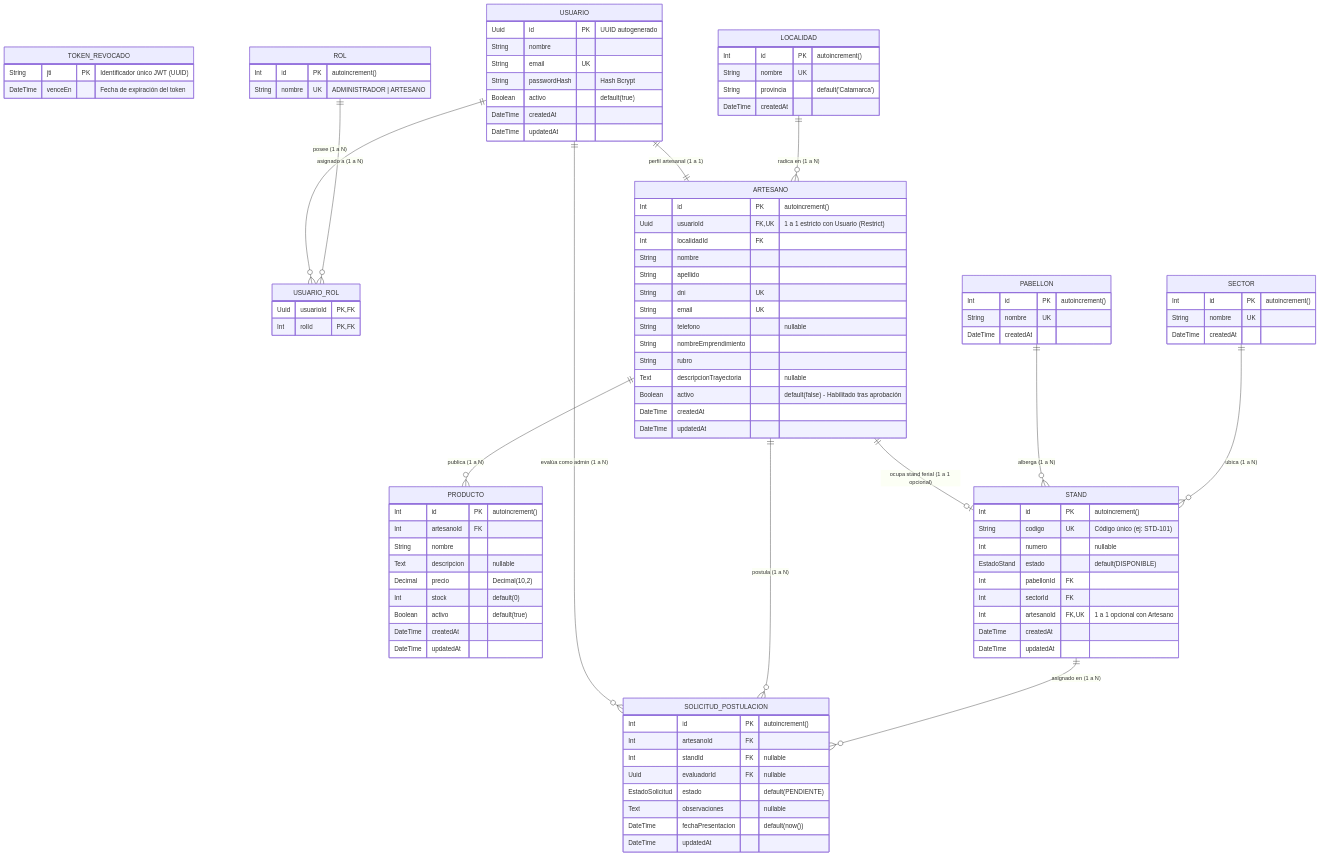
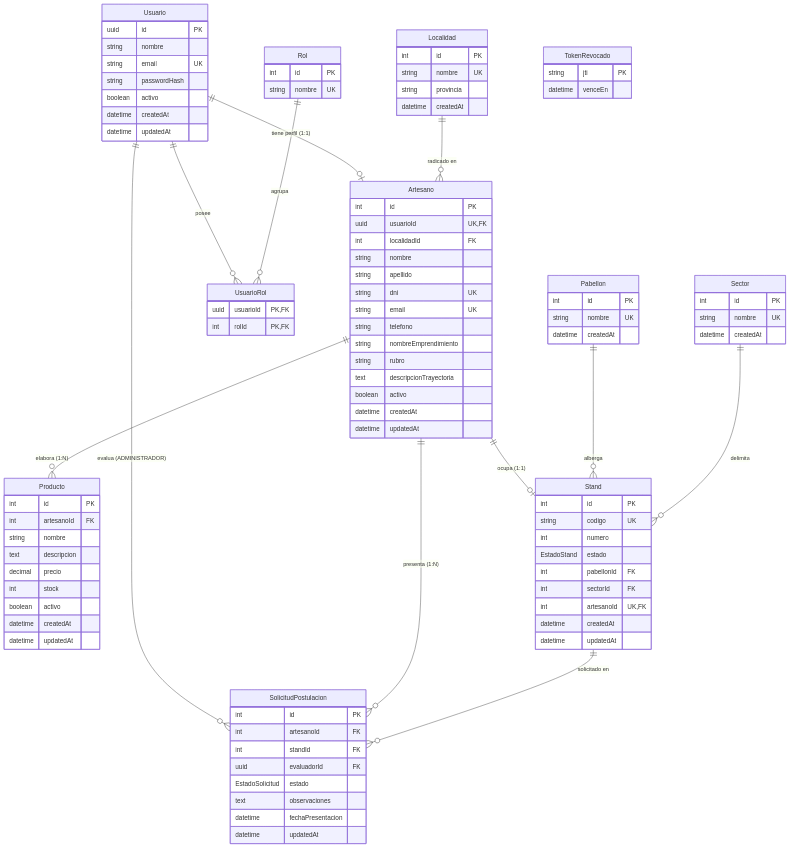
The diagram in documentacionPropia/DOCUMENTACION_COMPLETA.md (LeandroSoria24/Trabajo-de-Laboratorio-BACKEND-2026), drawn with Mermaid before and after one commit. The commit also changed other lines of this file and 1 other file, not shown here.

````diff
--- a/documentacionPropia/DOCUMENTACION_COMPLETA.md
+++ b/documentacionPropia/DOCUMENTACION_COMPLETA.md
@@ -652,111 +214,110 @@
 ```mermaid
 erDiagram
-    TOKEN_REVOCADO {
-        String jti PK "Identificador único JWT (UUID)"
-        DateTime venceEn "Fecha de expiración del token"
+    Usuario ||--o| Artesano : "tiene perfil (1:1)"
+    Usuario ||--o{ UsuarioRol : "posee"
+    Rol ||--o{ UsuarioRol : "agrupa"
+    Usuario ||--o{ SolicitudPostulacion : "evalua (ADMINISTRADOR)"
+    Localidad ||--o{ Artesano : "radicado en"
+    Artesano ||--o{ Producto : "elabora (1:N)"
+    Artesano ||--o| Stand : "ocupa (1:1)"
+    Artesano ||--o{ SolicitudPostulacion : "presenta (1:N)"
+    Pabellon ||--o{ Stand : "alberga"
+    Sector ||--o{ Stand : "delimita"
+    Stand ||--o{ SolicitudPostulacion : "solicitado en"
+
+    Usuario {
+        uuid id PK
+        string nombre
+        string email UK
+        string passwordHash
+        boolean activo
+        datetime createdAt
+        datetime updatedAt
     }
 
-    USUARIO {
-        Uuid id PK "UUID autogenerado"
-        String nombre
-        String email UK
-        String passwordHash "Hash Bcrypt"
-        Boolean activo "default(true)"
-        DateTime createdAt
-        DateTime updatedAt
+    Rol {
+        int id PK
+        string nombre UK
     }
 
-    ROL {
-        Int id PK "autoincrement()"
-        String nombre UK "ADMINISTRADOR | ARTESANO"
+    UsuarioRol {
+        uuid usuarioId PK,FK
+        int rolId PK,FK
     }
 
-    USUARIO_ROL {
-        Uuid usuarioId PK, FK
-        Int rolId PK, FK
+    Localidad {
+        int id PK
+        string nombre UK
+        string provincia
+        datetime createdAt
     }
 
-    LOCALIDAD {
-        Int id PK "autoincrement()"
-        String nombre UK
-        String provincia "default('Catamarca')"
-        DateTime createdAt
+    Artesano {
+        int id PK
+        uuid usuarioId UK,FK
+        int localidadId FK
+        string nombre
+        string apellido
+        string dni UK
+        string email UK
+        string telefono
+        string nombreEmprendimiento
+        string rubro
+        text descripcionTrayectoria
+        boolean activo
+        datetime createdAt
+        datetime updatedAt
     }
 
-    ARTESANO {
-        Int id PK "autoincrement()"
-        Uuid usuarioId FK,UK "1 a 1 estricto con Usuario (Restrict)"
-        Int localidadId FK
-        String nombre
-        String apellido
-        String dni UK
-        String email UK
-        String telefono "nullable"
-        String nombreEmprendimiento
-        String rubro
-        Text descripcionTrayectoria "nullable"
-        Boolean activo "default(false) - Habilitado tras aprobación"
-        DateTime createdAt
-        DateTime updatedAt
+    Producto {
+        int id PK
+        int artesanoId FK
+        string nombre
+        text descripcion
+        decimal precio
+        int stock
+        boolean activo
+        datetime createdAt
+        datetime updatedAt
     }
 
-    PRODUCTO {
-        Int id PK "autoincrement()"
-        Int artesanoId FK
-        String nombre
-        Text descripcion "nullable"
-        Decimal precio "Decimal(10,2)"
-        Int stock "default(0)"
-        Boolean activo "default(true)"
-        DateTime createdAt
-        DateTime updatedAt
+    Pabellon {
+        int id PK
+        string nombre UK
+        datetime createdAt
     }
 
-    PABELLON {
-        Int id PK "autoincrement()"
-        String nombre UK
-        DateTime createdAt
+    Sector {
+        int id PK
+        string nombre UK
+        datetime createdAt
     }
 
-    SECTOR {
-        Int id PK "autoincrement()"
-        String nombre UK
-        DateTime createdAt
+    Stand {
+        int id PK
+        string codigo UK
+        int numero
+        EstadoStand estado
+        int pabellonId FK
+        int sectorId FK
+        int artesanoId UK,FK
+        datetime createdAt
+        datetime updatedAt
     }
 
-    STAND {
-        Int id PK "autoincrement()"
-        String codigo UK "Código único (ej: STD-101)"
-        Int numero "nullable"
-        EstadoStand estado "default(DISPONIBLE)"
-        Int pabellonId FK
-        Int sectorId FK
-        Int artesanoId FK,UK "1 a 1 opcional con Artesano"
-        DateTime createdAt
-        DateTime updatedAt
+    SolicitudPostulacion {
+        int id PK
+        int artesanoId FK
+        int standId FK
+        uuid evaluadorId FK
+        EstadoSolicitud estado
+        text observaciones
+        datetime fechaPresentacion
+        datetime updatedAt
     }
 
-    SOLICITUD_POSTULACION {
-        Int id PK "autoincrement()"
-        Int artesanoId FK
-        Int standId FK "nullable"
-        Uuid evaluadorId FK "nullable"
-        EstadoSolicitud estado "default(PENDIENTE)"
-        Text observaciones "nullable"
-        DateTime fechaPresentacion "default(now())"
-        DateTime updatedAt
+    TokenRevocado {
+        string jti PK
+        datetime venceEn
     }
-
-    %% Relaciones
-    USUARIO ||--o{ USUARIO_ROL : "posee (1 a N)"
-    ROL ||--o{ USUARIO_ROL : "asignado a (1 a N)"
-    USUARIO ||--|| ARTESANO : "perfil artesanal (1 a 1)"
-    USUARIO ||--o{ SOLICITUD_POSTULACION : "evalúa como admin (1 a N)"
-    LOCALIDAD ||--o{ ARTESANO : "radica en (1 a N)"
-    ARTESANO ||--o{ PRODUCTO : "publica (1 a N)"
-    ARTESANO ||--o| STAND : "ocupa stand ferial (1 a 1 opcional)"
-    ARTESANO ||--o{ SOLICITUD_POSTULACION : "postula (1 a N)"
-    PABELLON ||--o{ STAND : "alberga (1 a N)"
-    SECTOR ||--o{ STAND : "ubica (1 a N)"
-    STAND ||--o{ SOLICITUD_POSTULACION : "asignado en (1 a N)"
 ```
````
